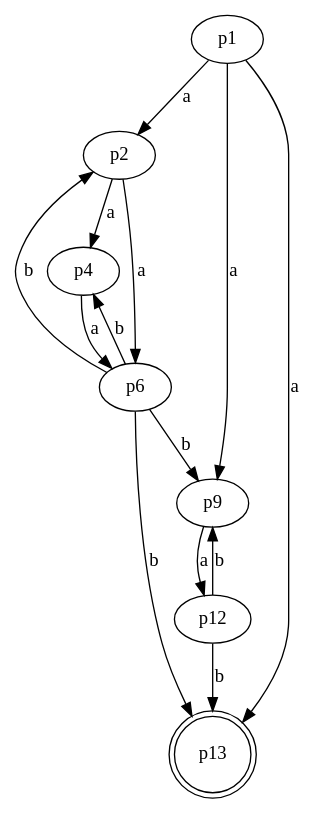
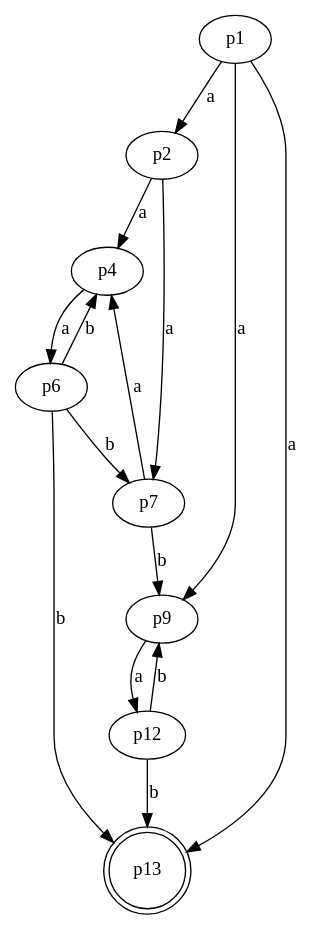
Before and after one commit to NRU-MPEI-IMAI/git-Edmelissa: the diagram in Task3/3_2(del).gv, drawn with Graphviz.

```diff
--- a/Task3/3_2(del).gv
+++ b/Task3/3_2(del).gv
@@ -1,29 +1,33 @@
 digraph G 
 {
     n1 [label = p1]
     n2 [label = p2]
     n4 [label = p4]
     n6 [label = p6]
+    n7 [label = p7]
     n9 [label = p9]
     n12 [label = p12]
     n13[label = p13, shape = doublecircle]
 
 
     n1 -> n2 [label = "a"]
     n1 -> n9 [label = "a"]
     n1 -> n13 [label = "a"]
     
     n2 -> n4 [label = "a"]
-    n2 -> n6 [label = "a"]
+    n2 -> n7 [label = "a"]
     
     n4 -> n6 [label = "a"]
     
-    n6 -> n9 [label = "b"]
     n6 -> n4 [label = "b"]
-    n6 -> n2 [label = "b"]
+    n6 -> n7 [label = "b"]
     n6 -> n13 [label = "b"]
     
+    n7 -> n4 [label = "a"]
+    n7 -> n9 [label = "b"]
+    
     n9 -> n12 [label = "a"]
+    
     n12 -> n13 [label = "b"]
     n12 -> n9 [label = "b"]
 }
```
